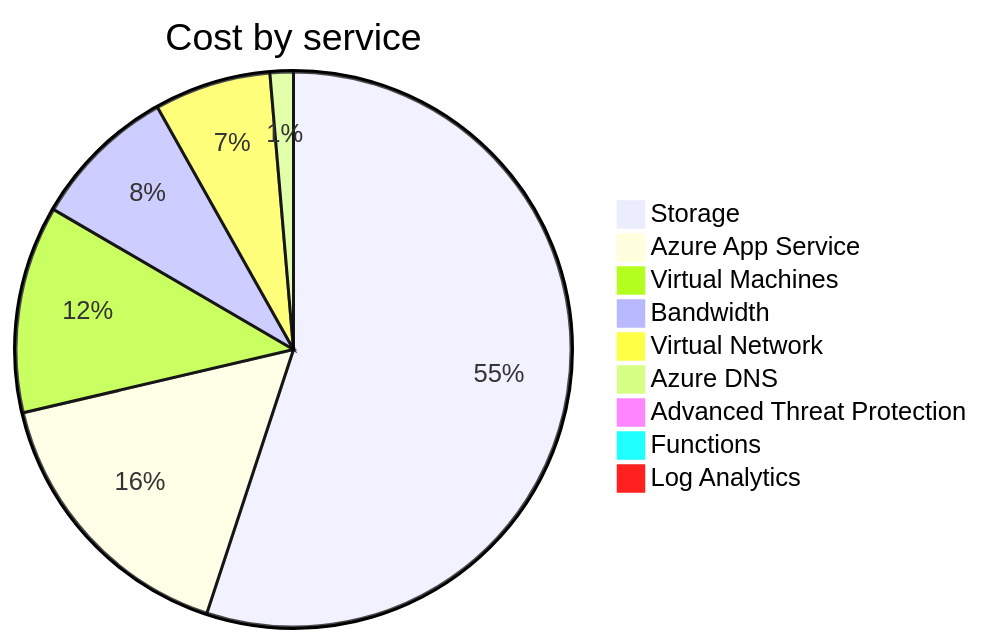
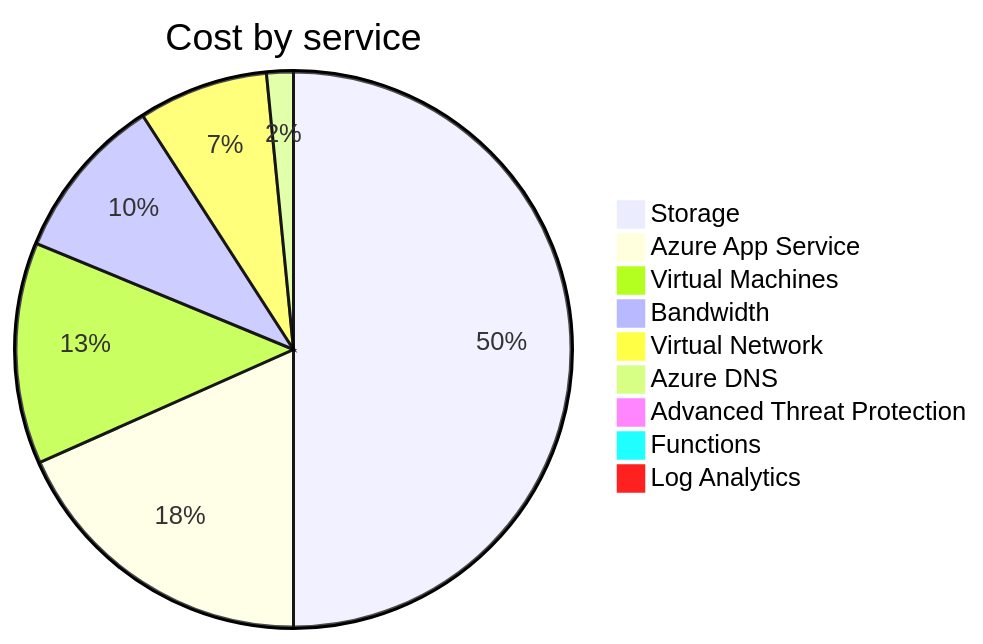
The second of 4 diagrams in cost-reports/accumulated-cost.md (jpfulton/azure-personal-reports), drawn with Mermaid before and after one commit. The commit also changed other lines of this file and 4 other files, not shown here.

````diff
--- a/cost-reports/accumulated-cost.md
+++ b/cost-reports/accumulated-cost.md
@@ -103,13 +103,13 @@
 ```mermaid
 pie
    title Cost by service
-   "Storage" : 3.65
-   "Azure App Service" : 1.08
-   "Virtual Machines" : 0.80
-   "Bandwidth" : 0.56
-   "Virtual Network" : 0.45
-   "Azure DNS" : 0.09
-   "Advanced Threat Protection" : 0.06
+   "Storage" : 4.50
+   "Azure App Service" : 1.65
+   "Virtual Machines" : 1.16
+   "Bandwidth" : 0.87
+   "Virtual Network" : 0.68
+   "Azure DNS" : 0.14
+   "Advanced Threat Protection" : 0.09
    "Functions" : 0.00
    "Log Analytics" : 0.00
 ```
````
